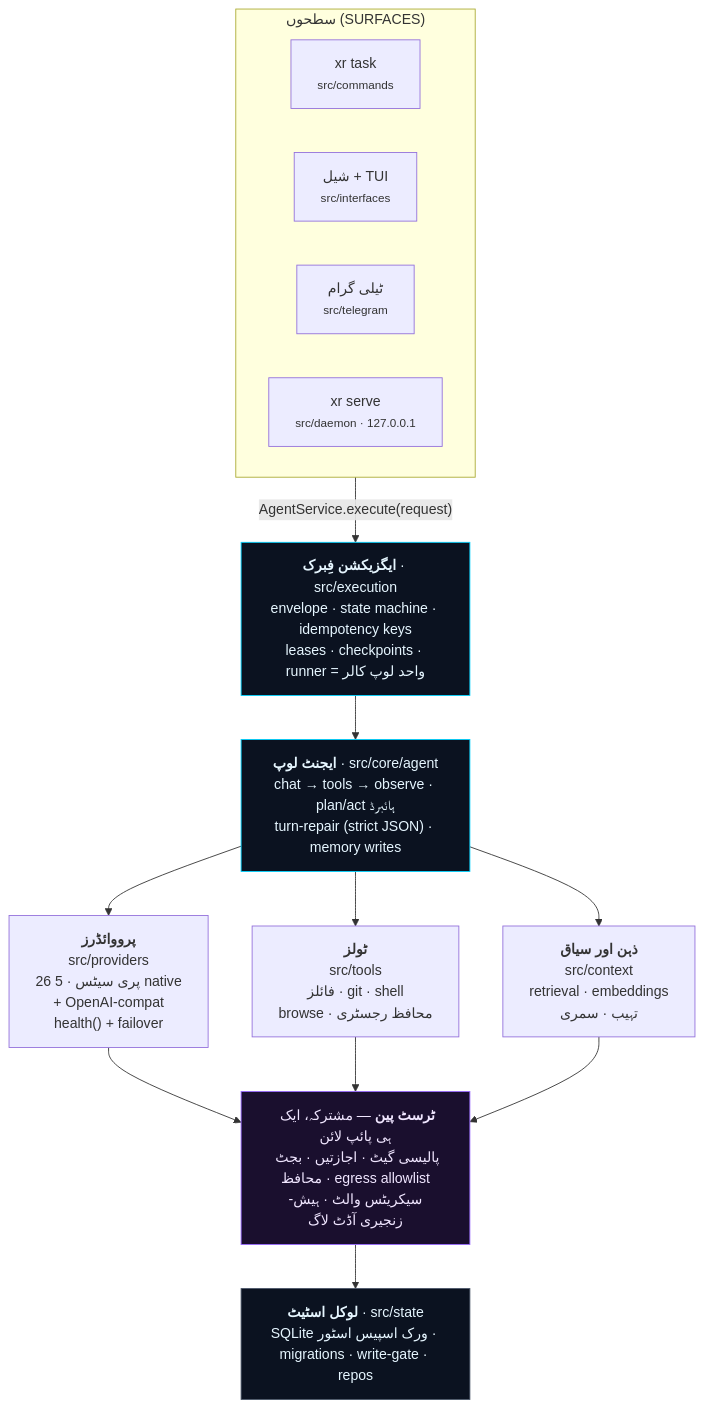
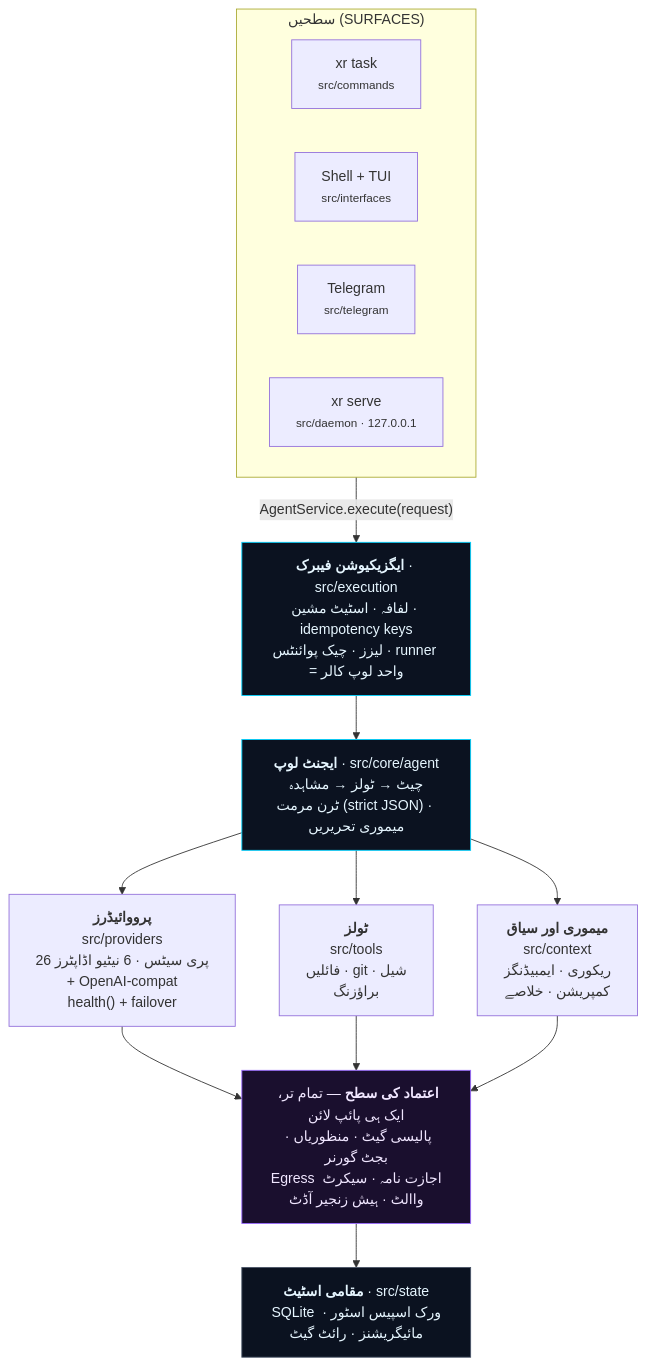
The first of 2 diagrams in README-ur.md (ahmadrrrtx/xr), drawn with Mermaid before and after one commit. The commit also changed other lines of this file and 8 other files, not shown here.

````diff
--- a/README-ur.md
+++ b/README-ur.md
@@ -119,31 +136,31 @@
 ```mermaid
 flowchart TB
-    subgraph S["سطحوں (SURFACES)"]
+    subgraph S["سطحیں (SURFACES)"]
         direction LR
         CLI["xr task<br/><small>src/commands</small>"]
-        SH["شیل + TUI<br/><small>src/interfaces</small>"]
-        TG["ٹیلی گرام<br/><small>src/telegram</small>"]
+        SH["Shell + TUI<br/><small>src/interfaces</small>"]
+        TG["Telegram<br/><small>src/telegram</small>"]
         DA["xr serve<br/><small>src/daemon · 127.0.0.1</small>"]
     end
 
     S -->|"AgentService.execute(request)"| EX
 
-    EX["<b>ایگزیکشن فِبرک</b> · src/execution<br/>envelope · state machine · idempotency keys<br/>leases · checkpoints · runner = واحد لوپ کالر"]
-    EX --> LOOP["<b>ایجنٹ لوپ</b> · src/core/agent<br/>chat → tools → observe · plan/act ہائبرڈ<br/>turn-repair (strict JSON) · memory writes"]
+    EX["<b>ایگزیکیوشن فیبرک</b> · src/execution<br/>لفافہ · اسٹیٹ مشین · idempotency keys<br/>لیزز · چیک پوائنٹس · runner = واحد لوپ کالر"]
+    EX --> LOOP["<b>ایجنٹ لوپ</b> · src/core/agent<br/>چیٹ → ٹولز → مشاہدہ<br/>ٹرن مرمت (strict JSON) · میموری تحریریں"]
 
-    LOOP --> PR["<b>پرووائڈرز</b><br/>src/providers<br/>26 پری سیٹس · 5 native<br/>+ OpenAI-compat<br/>health() + failover"]
-    LOOP --> TL["<b>ٹولز</b><br/>src/tools<br/>فائلز · git · shell<br/>browse · محافظ رجسٹری"]
-    LOOP --> ME["<b>ذہن اور سياق</b><br/>src/context<br/>retrieval · embeddings<br/>تہیب · سمری"]
+    LOOP --> PR["<b>پرووائیڈرز</b><br/>src/providers<br/>26 پری سیٹس · 6 نیٹیو اڈاپٹرز<br/>+ OpenAI-compat<br/>health() + failover"]
+    LOOP --> TL["<b>ٹولز</b><br/>src/tools<br/>فائلیں · git · شیل<br/>براؤزنگ"]
+    LOOP --> ME["<b>میموری اور سیاق</b><br/>src/context<br/>ریکوری · ایمبیڈنگز<br/>کمپریشن · خلاصے"]
 
     PR --> TP
     TL --> TP
     ME --> TP
 
-    TP["<b>ٹرسٹ پین</b> — مشترکہ، ایک ہی پائپ لائن<br/>پالیسی گیٹ · اجازتیں · بجٹ محافظ · egress allowlist<br/>سیکریٹس والٹ · ہیش-زنجیری آڈٹ لاگ"]
-    TP --> ST["<b>لوکل اسٹیٹ</b> · src/state<br/>SQLite ورک اسپیس اسٹور · migrations · write-gate · repos"]
+    TP["<b>اعتماد کی سطح</b> — تمام تر، ایک ہی پائپ لائن<br/>پالیسی گیٹ · منظوریاں · بجٹ گورنر<br/>Egress اجازت نامہ · سیکرٹ واالٹ · ہیش زنجیر آڈٹ"]
+    TP --> ST["<b>مقامی اسٹیٹ</b> · src/state<br/>SQLite ورک اسپیس اسٹور · مائیگریشنز · رائٹ گیٹ"]
 
     style EX fill:#0b1220,stroke:#00d2ff,color:#e6f6ff
     style LOOP fill:#0b1220,stroke:#00d2ff,color:#e6f6ff
     style TP fill:#1a0f2e,stroke:#9a6bff,color:#f0e6ff
     style ST fill:#0b1220,stroke:#4a5568,color:#e6f6ff
 ```
````
